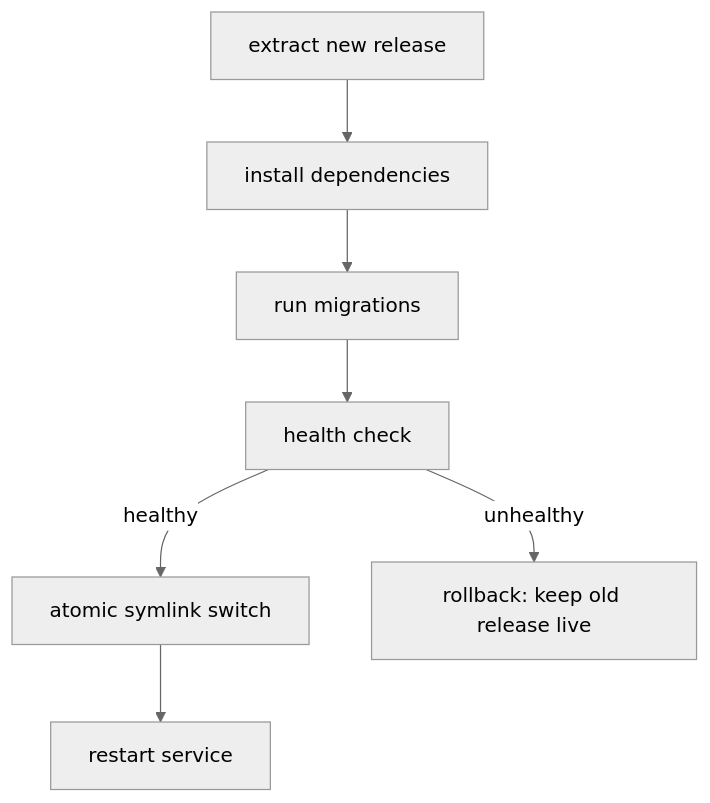
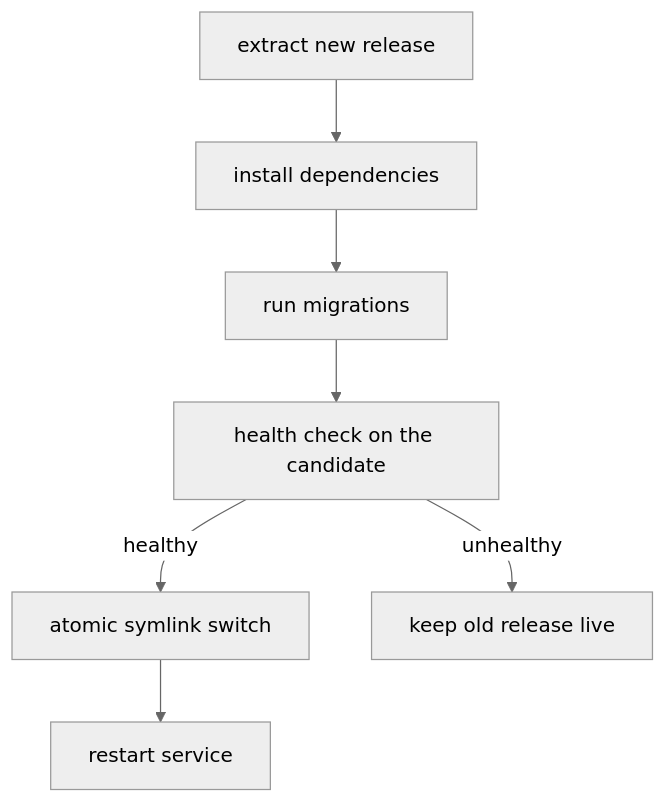
The first of 2 diagrams in src/content/infra-delivery/deployment-automation/L2-concept.mdx (francoandreDev/knowledge), drawn with Mermaid (neutral theme) before and after one commit. The commit also changed other lines of this file and 3 other files, not shown here.

````diff
--- a/src/content/infra-delivery/deployment-automation/L2-concept.mdx
+++ b/src/content/infra-delivery/deployment-automation/L2-concept.mdx
@@ -41,9 +41,9 @@
 ```mermaid
 flowchart TD
     A["extract new release"] --> B["install dependencies"]
     B --> C["run migrations"]
-    C --> D["health check"]
+    C --> D["health check on the candidate"]
     D -- "healthy" --> E["atomic symlink switch"]
     E --> F["restart service"]
-    D -- "unhealthy" --> G["rollback: keep old release live"]
+    D -- "unhealthy" --> G["keep old release live"]
 ```
````
